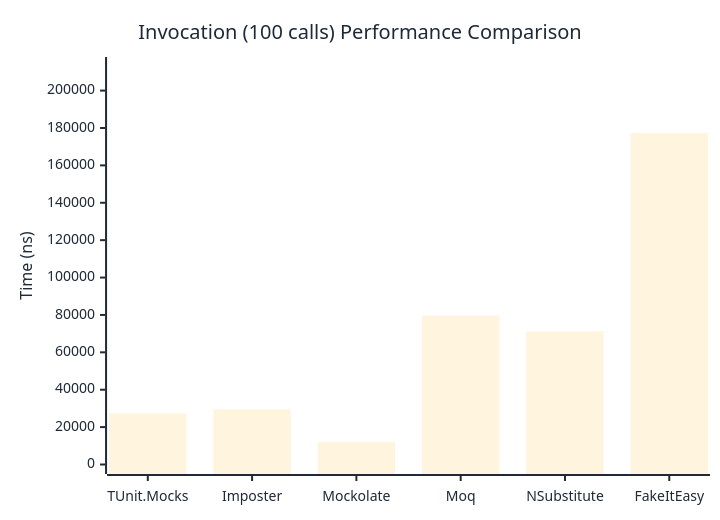
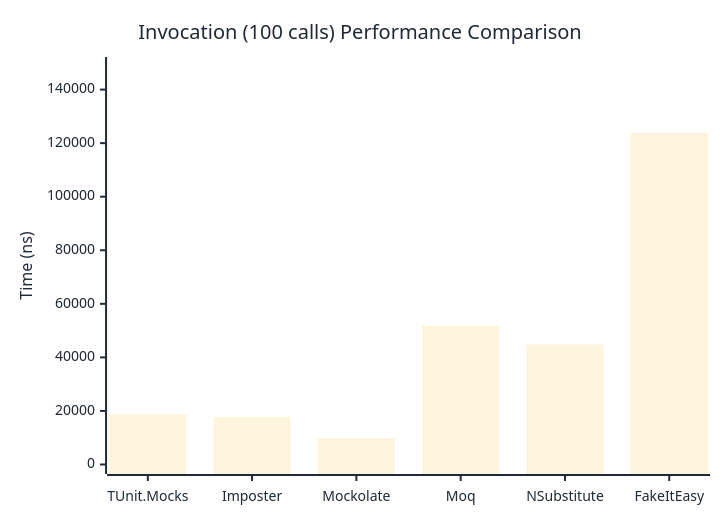
The third of 3 diagrams in docs/docs/benchmarks/mocks/Invocation.md (thomhurst/TUnit), drawn with Mermaid before and after one commit. The commit also changed other lines of this file and 14 other files, not shown here.

````diff
--- a/docs/docs/benchmarks/mocks/Invocation.md
+++ b/docs/docs/benchmarks/mocks/Invocation.md
@@ -112,27 +112,27 @@
 ```mermaid
 %%{init: {
   'theme':'base',
   'themeVariables': {
     'primaryColor': '#2563eb',
     'primaryTextColor': '#1f2937',
     'primaryBorderColor': '#1e40af',
     'lineColor': '#6b7280',
     'secondaryColor': '#7c3aed',
     'tertiaryColor': '#dc2626',
     'background': '#ffffff',
     'pie1': '#2563eb',
     'pie2': '#7c3aed',
     'pie3': '#dc2626',
     'pie4': '#f59e0b',
     'pie5': '#10b981',
     'pie6': '#06b6d4',
     'pie7': '#ec4899',
     'pie8': '#6366f1'
   }
 }}%%
 xychart-beta
   title "Invocation (100 calls) Performance Comparison"
   x-axis ["TUnit.Mocks", "Imposter", "Mockolate", "Moq", "NSubstitute", "FakeItEasy"]
-  y-axis "Time (ns)" 0 --> 212887
-  bar [27311.7, 29574.5, 12015.1, 79654.2, 71188.4, 177405.7]
+  y-axis "Time (ns)" 0 --> 148622
+  bar [18744.32, 17770.5, 9793.09, 51821.78, 44821.58, 123851.14]
 ```
````
